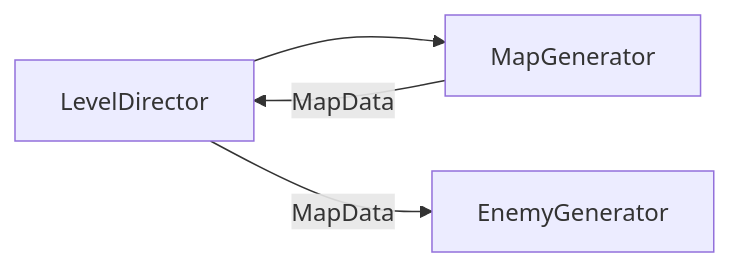
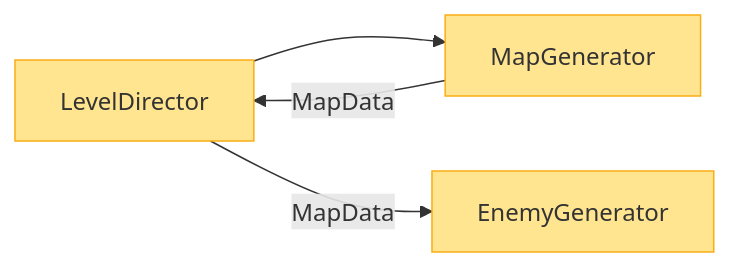
Before and after one commit to BlizzyIxyz/Code-Standards: the third of 4 diagrams in Unity Modular-Layered Architecture.md, drawn with Mermaid. The commit also changed other lines of this file, not shown here.

Commit message:
Update Unity Modular-Layered Architecture.md

````diff
--- a/Unity Modular-Layered Architecture.md
+++ b/Unity Modular-Layered Architecture.md
@@ -268,6 +487,10 @@
 ```mermaid
 graph LR
     LevelDirector --> MapGenerator
-    LevelDirector --> |MapData| EnemyGenerator
-    MapGenerator --> |MapData| LevelDirector
+    LevelDirector -->|MapData| EnemyGenerator
+    MapGenerator -->|MapData| LevelDirector
+    
+    style LevelDirector fill:#ffe58f,stroke:#faad14
+    style MapGenerator fill:#ffe58f,stroke:#faad14
+    style EnemyGenerator fill:#ffe58f,stroke:#faad14
 ```
````
